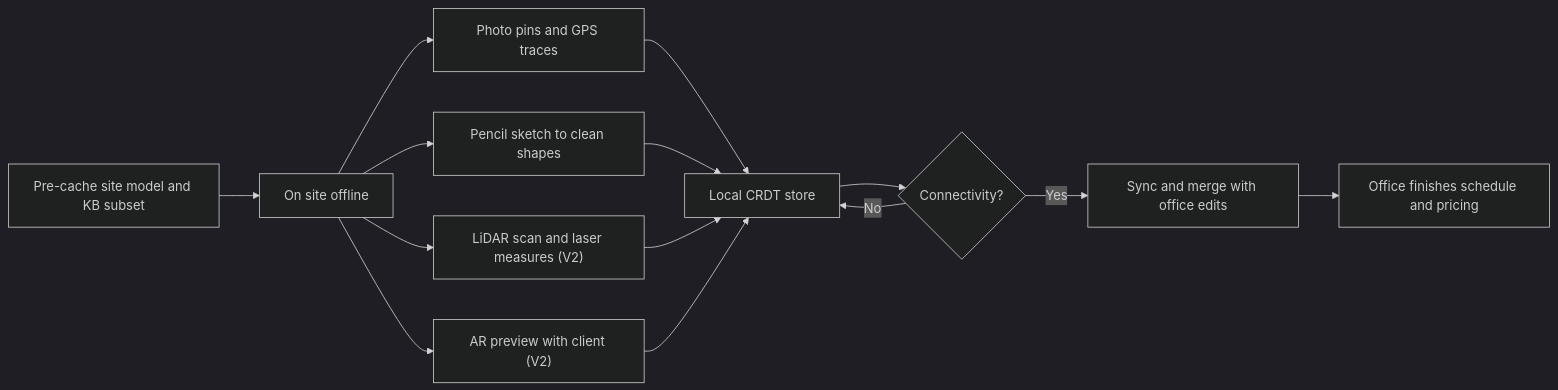
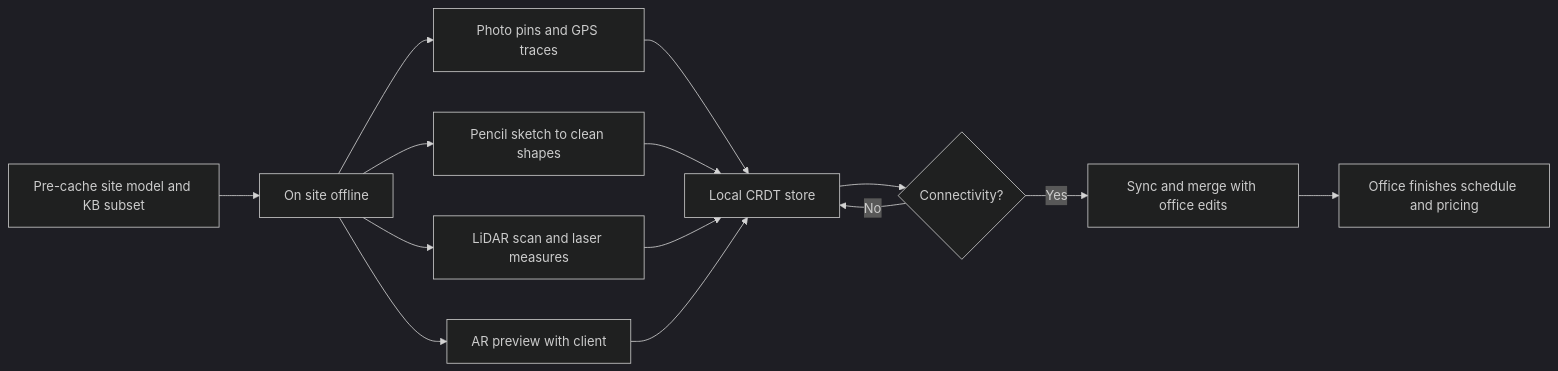
Before and after one commit to jdinard/landscape: the sixth of 8 diagrams in docs/10-design-studio.md, drawn with Mermaid (dark theme). The commit also changed other lines of this file and 33 other files, not shown here.

````diff
--- a/docs/10-design-studio.md
+++ b/docs/10-design-studio.md
@@ -803,16 +803,16 @@
 ```mermaid
 flowchart LR
     A["Pre-cache site model and KB subset"] --> B["On site offline"]
     B --> C["Photo pins and GPS traces"]
     B --> D["Pencil sketch to clean shapes"]
-    B --> E["LiDAR scan and laser measures (V2)"]
-    B --> F["AR preview with client (V2)"]
+    B --> E["LiDAR scan and laser measures     "]
+    B --> F["AR preview with client     "]
     C --> G["Local CRDT store"]
     D --> G
     E --> G
     F --> G
     G --> H{"Connectivity?"}
     H -- "No" --> G
     H -- "Yes" --> I["Sync and merge with office edits"]
     I --> J["Office finishes schedule and pricing"]
 ```
````
